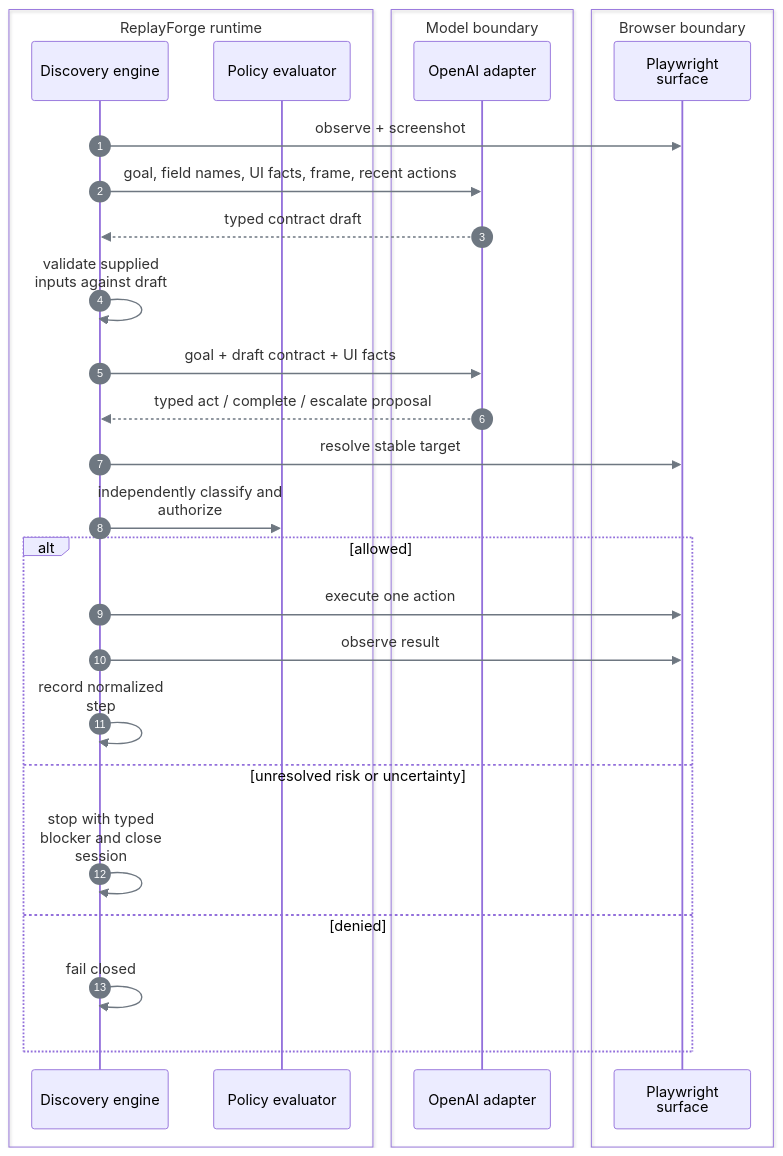
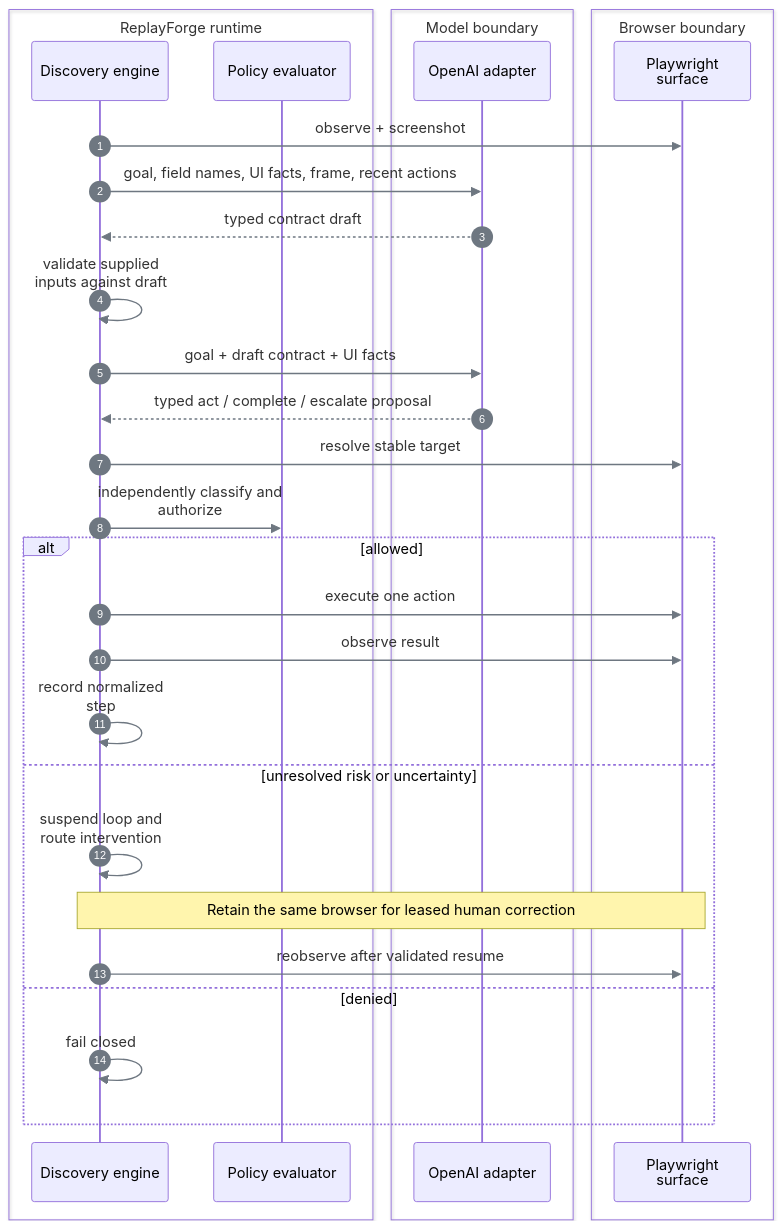
The diagram in docs/discovery.md (SivaTSS/replay-forge), drawn with Mermaid before and after one commit. The commit also changed other lines of this file and 13 other files, not shown here.

````diff
--- a/docs/discovery.md
+++ b/docs/discovery.md
@@ -40,32 +40,34 @@
 ```mermaid
 %%{init: {"htmlLabels":false,"themeVariables":{"lineColor":"#6E7781","signalColor":"#6E7781"},"flowchart":{"curve":"linear"},"sequence":{"wrap":true}}}%%
 sequenceDiagram
     autonumber
     box ReplayForge runtime
         participant E as Discovery engine
         participant P as Policy evaluator
     end
     box Model boundary
         participant M as OpenAI adapter
     end
     box Browser boundary
         participant S as Playwright surface
     end
     E->>S: observe + screenshot
     E->>M: goal, field names, UI facts, frame, recent actions
     M-->>E: typed contract draft
     E->>E: validate supplied inputs against draft
     E->>M: goal + draft contract + UI facts
     M-->>E: typed act / complete / escalate proposal
     E->>S: resolve stable target
     E->>P: independently classify and authorize
     alt allowed
         E->>S: execute one action
         E->>S: observe result
         E->>E: record normalized step
     else unresolved risk or uncertainty
-        E->>E: stop with typed blocker and close session
+        E->>E: suspend loop and route intervention
+        Note over E,S: Retain the same browser for leased human correction
+        E->>S: reobserve after validated resume
     else denied
         E->>E: fail closed
     end
 ```
````
